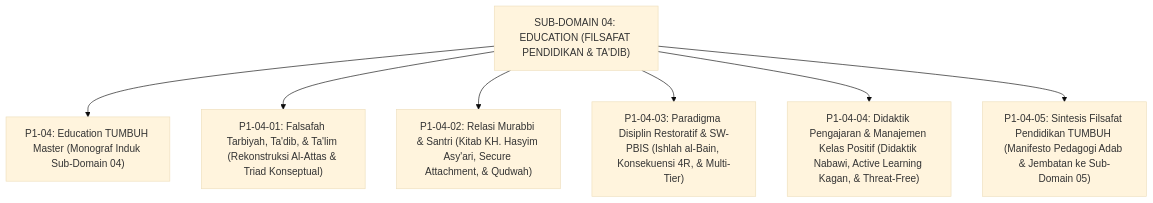
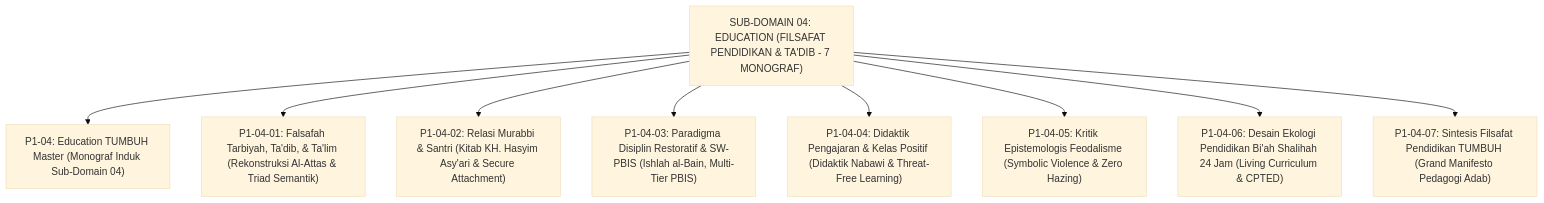
Before and after one commit to wandiapriliyandi/tumbuh: the diagram in 01 Philosophy/04 Education/README.md, drawn with Mermaid (base theme). The commit also changed other lines of this file and 18 other files, not shown here.

````diff
--- a/01 Philosophy/04 Education/README.md
+++ b/01 Philosophy/04 Education/README.md
@@ -14,11 +14,13 @@
 ```mermaid
 graph TD
-    Education["SUB-DOMAIN 04: EDUCATION (FILSAFAT PENDIDIKAN & TA'DIB)"]
+    Education["SUB-DOMAIN 04: EDUCATION (FILSAFAT PENDIDIKAN & TA'DIB - 7 MONOGRAF)"]
     
     Education --> Master["P1-04: Education TUMBUH Master (Monograf Induk Sub-Domain 04)"]
-    Education --> M1["P1-04-01: Falsafah Tarbiyah, Ta'dib, & Ta'lim (Rekonstruksi Al-Attas & Triad Konseptual)"]
-    Education --> M2["P1-04-02: Relasi Murabbi & Santri (Kitab KH. Hasyim Asy'ari, Secure Attachment, & Qudwah)"]
-    Education --> M3["P1-04-03: Paradigma Disiplin Restoratif & SW-PBIS (Ishlah al-Bain, Konsekuensi 4R, & Multi-Tier)"]
-    Education --> M4["P1-04-04: Didaktik Pengajaran & Manajemen Kelas Positif (Didaktik Nabawi, Active Learning Kagan, & Threat-Free)"]
-    Education --> M5["P1-04-05: Sintesis Filsafat Pendidikan TUMBUH (Manifesto Pedagogi Adab & Jembatan ke Sub-Domain 05)"]
+    Education --> M1["P1-04-01: Falsafah Tarbiyah, Ta'dib, & Ta'lim (Rekonstruksi Al-Attas & Triad Semantik)"]
+    Education --> M2["P1-04-02: Relasi Murabbi & Santri (Kitab KH. Hasyim Asy'ari & Secure Attachment)"]
+    Education --> M3["P1-04-03: Paradigma Disiplin Restoratif & SW-PBIS (Ishlah al-Bain, Multi-Tier PBIS)"]
+    Education --> M4["P1-04-04: Didaktik Pengajaran & Kelas Positif (Didaktik Nabawi & Threat-Free Learning)"]
+    Education --> M5["P1-04-05: Kritik Epistemologis Feodalisme (Symbolic Violence & Zero Hazing)"]
+    Education --> M6["P1-04-06: Desain Ekologi Pendidikan Bi'ah Shalihah 24 Jam (Living Curriculum & CPTED)"]
+    Education --> M7["P1-04-07: Sintesis Filsafat Pendidikan TUMBUH (Grand Manifesto Pedagogi Adab)"]
 ```
````
